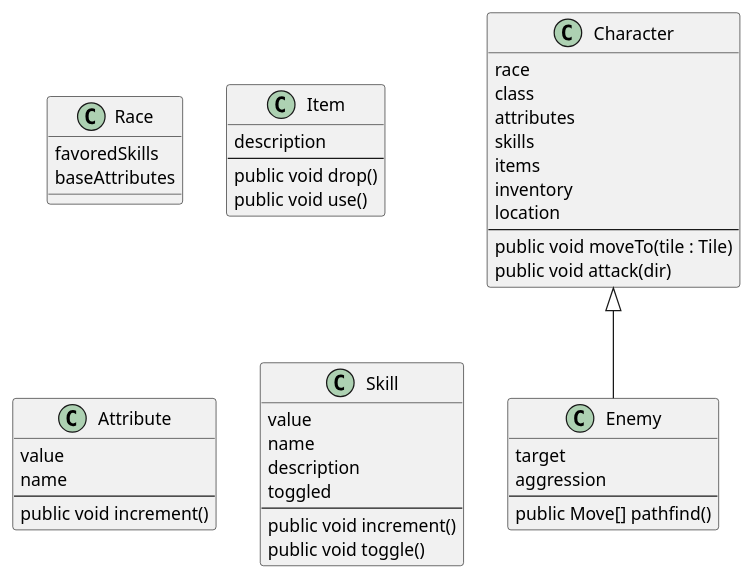
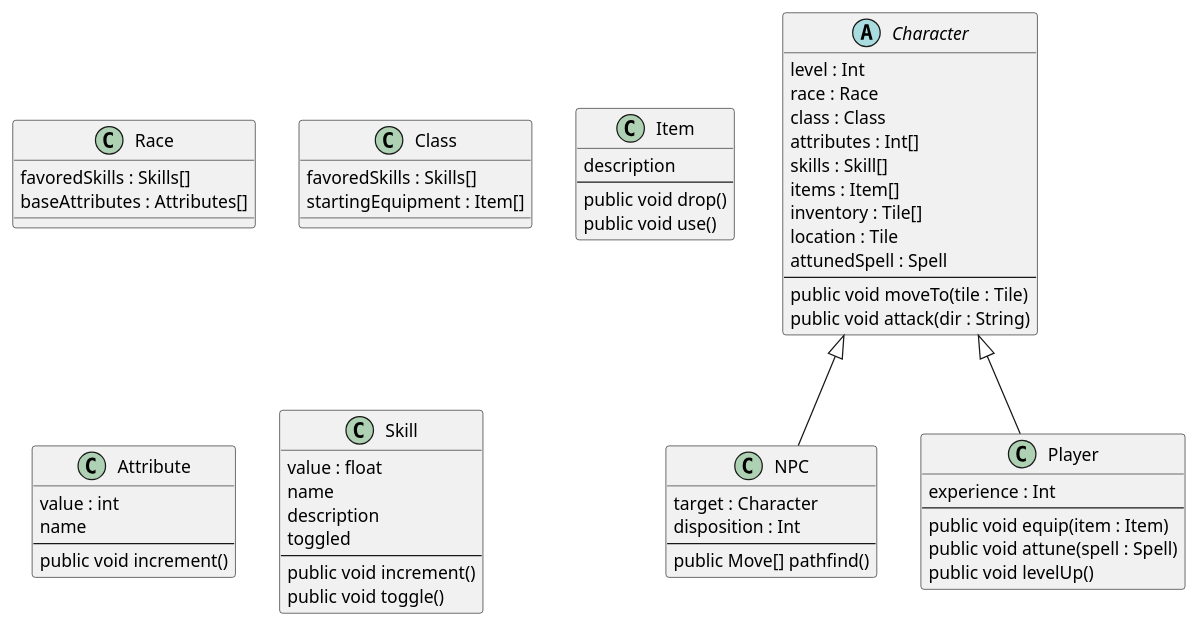
One commit to dgoldman30/Dungeon_Crawler changed the seventh of 7 diagrams in doc/design.md. Above: the diagram before and after it, drawn with PlantUML.

Commit message:
expanded class diagram

````diff
--- a/doc/design.md
+++ b/doc/design.md
@@ -173,58 +173,75 @@
 ```plantuml
 @startuml
 
 hide footbox
 
 'classes
-class Character {
-    race
-    class
-    attributes
-    skills
-    items
-    inventory
-    location
+abstract class Character {
+    level : Int
+    race : Race
+    class : Class
+    attributes : Int[]
+    skills : Skill[]
+    items : Item[]
+    inventory : Tile[]
+    location : Tile
+    attunedSpell : Spell
     --
     public void moveTo(tile : Tile)
-    public void attack(dir)
+    public void attack(dir : String)
 }
 
-class Enemy {
-    target
-    aggression
+class  NPC {
+    target : Character
+    disposition : Int
     --
     public Move[] pathfind()
 }
-Character <|-- Enemy
+
+class Player {
+    experience : Int
+    --
+    public void equip(item : Item)
+    public void attune(spell : Spell)
+    public void levelUp()
+}
+
+Character <|-- NPC
+Character <|-- Player
 
 
 class Race {
-    favoredSkills
-    baseAttributes
+    favoredSkills : Skills[]
+    baseAttributes : Attributes[]
+}
+
+class Class {
+    favoredSkills : Skills[]
+    startingEquipment : Item[]
 }
 
 class Item {
     description
     --
     public void drop()
     public void use()
 }
 
 class Attribute {
-    value
+    value : int
     name
     --
     public void increment()
 }
 
 class Skill {
-    value
+    value : float
     name
     description
     toggled
     --
     public void increment()
     public void toggle()
 }
 @enduml
 ```
````
